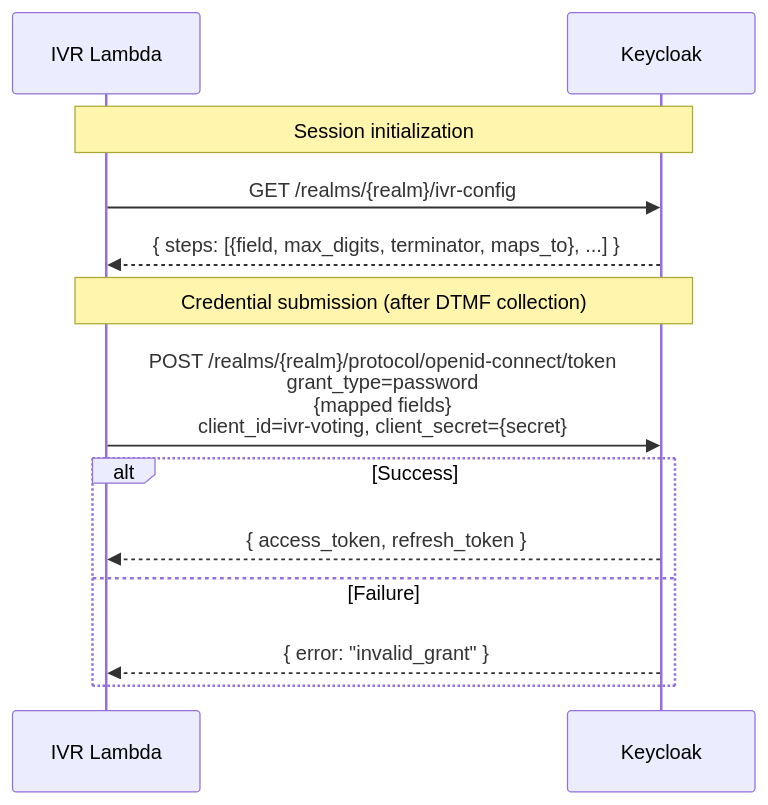
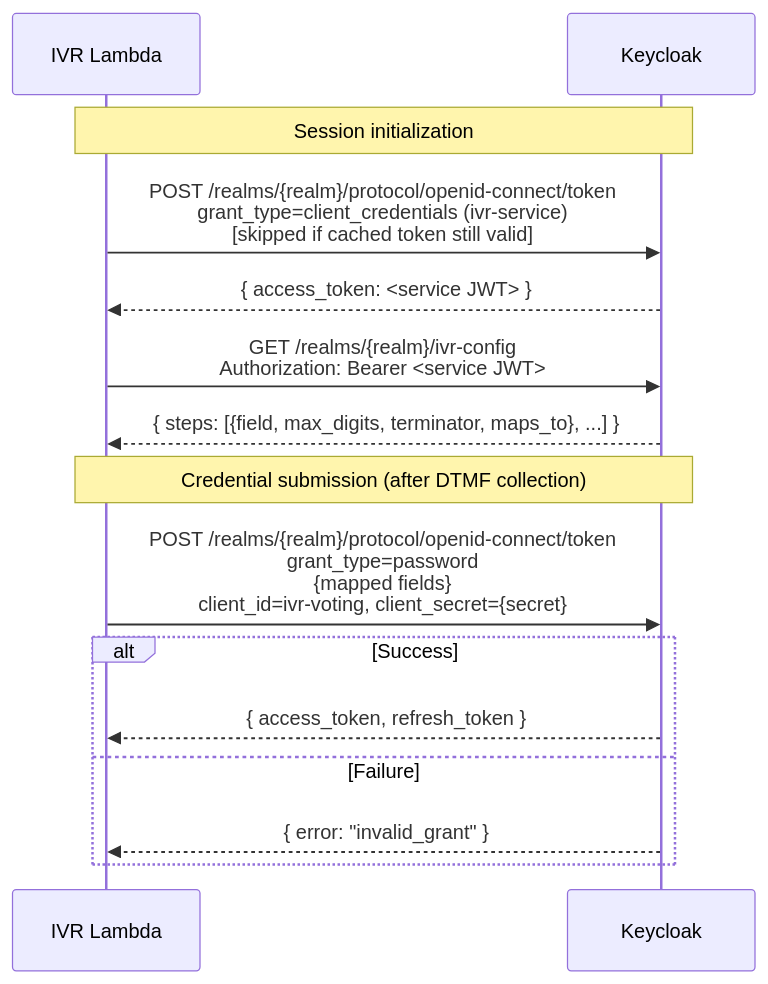
Before and after one commit to sequentech/step: the seventh of 13 diagrams in docs/docusaurus/docs/07-developers/12-ivr/ivr-system-design.md, drawn with Mermaid. The commit also changed other lines of this file, not shown here.

````diff
--- a/docs/docusaurus/docs/07-developers/12-ivr/ivr-system-design.md
+++ b/docs/docusaurus/docs/07-developers/12-ivr/ivr-system-design.md
@@ -845,17 +915,19 @@
 ```mermaid
 sequenceDiagram
     participant Lambda as IVR Lambda
     participant KC as Keycloak
 
     Note over Lambda,KC: Session initialization
-    Lambda->>KC: GET /realms/{realm}/ivr-config
+    Lambda->>KC: POST /realms/{realm}/protocol/openid-connect/token<br/>grant_type=client_credentials (ivr-service)<br/>[skipped if cached token still valid]
+    KC-->>Lambda: { access_token: <service JWT> }
+    Lambda->>KC: GET /realms/{realm}/ivr-config<br/>Authorization: Bearer <service JWT>
     KC-->>Lambda: { steps: [{field, max_digits, terminator, maps_to}, ...] }
 
     Note over Lambda,KC: Credential submission (after DTMF collection)
     Lambda->>KC: POST /realms/{realm}/protocol/openid-connect/token<br/>grant_type=password<br/>{mapped fields}<br/>client_id=ivr-voting, client_secret={secret}
     alt Success
         KC-->>Lambda: { access_token, refresh_token }
     else Failure
         KC-->>Lambda: { error: "invalid_grant" }
     end
 ```
````
